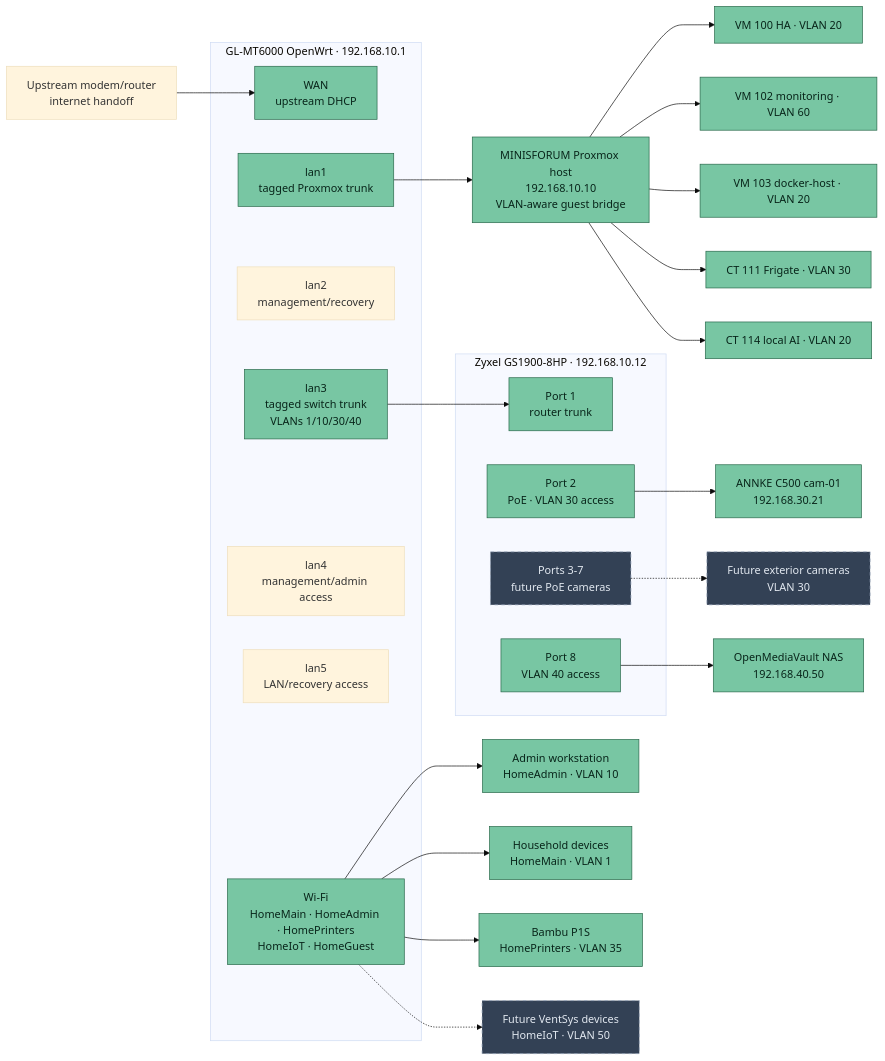
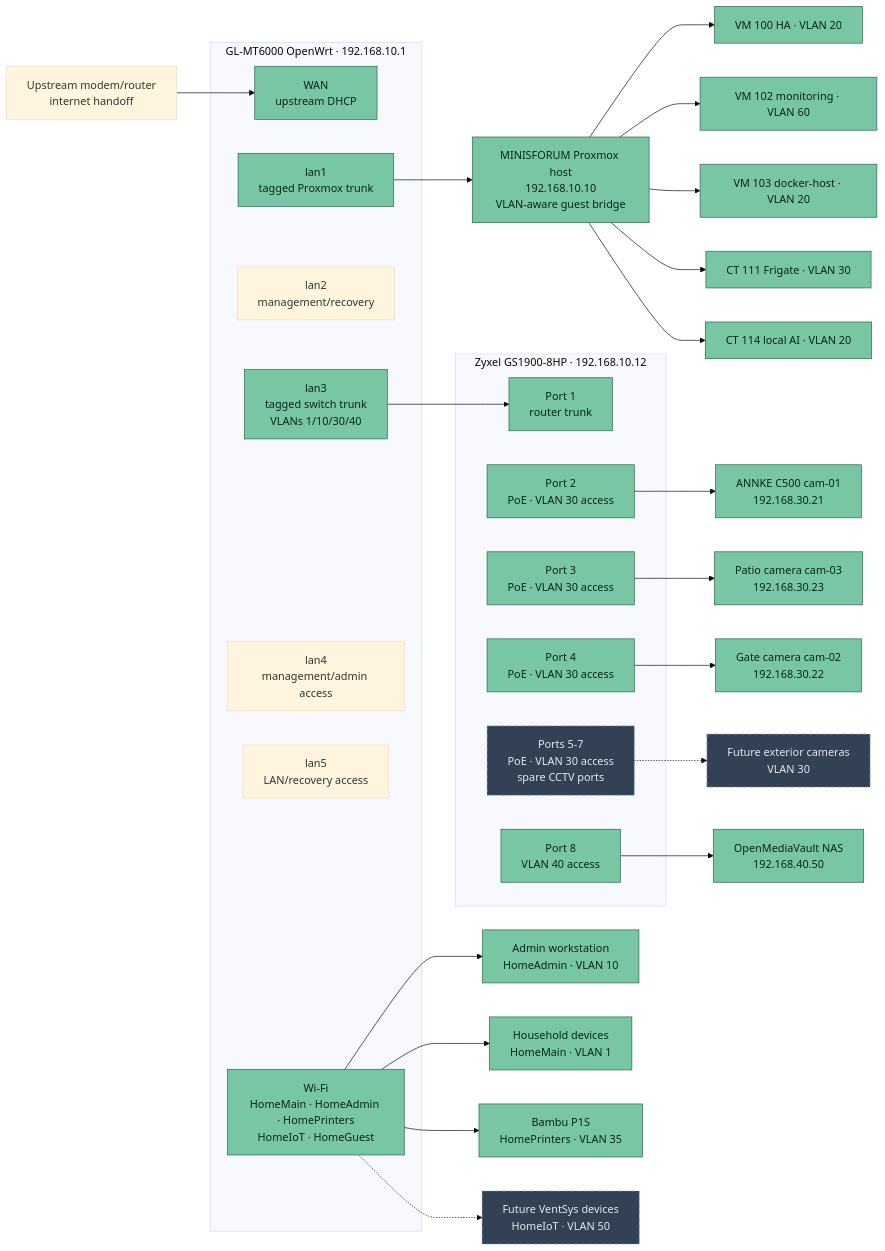
One commit to Nysplaidame/home-automation-project changed the diagram in main/docs/diagrams/network/physical-port-and-cabling.mermaid. Above: the diagram before and after it, drawn with Mermaid (base theme). The commit also changed 147 other files, not shown here.

```diff
--- a/main/docs/diagrams/network/physical-port-and-cabling.mermaid
+++ b/main/docs/diagrams/network/physical-port-and-cabling.mermaid
@@ -1,41 +1,45 @@
 flowchart LR
     Upstream["Upstream modem/router<br/>internet handoff"] --> WAN
 
     subgraph Router["GL-MT6000 OpenWrt · 192.168.10.1"]
         WAN["WAN<br/>upstream DHCP"]
         LAN1["lan1<br/>tagged Proxmox trunk"]
         LAN2["lan2<br/>management/recovery"]
         LAN3["lan3<br/>tagged switch trunk<br/>VLANs 1/10/30/40"]
         LAN4["lan4<br/>management/admin access"]
         LAN5["lan5<br/>LAN/recovery access"]
         WiFi["Wi-Fi<br/>HomeMain · HomeAdmin · HomePrinters<br/>HomeIoT · HomeGuest"]
     end
 
     LAN1 --> Proxmox["MINISFORUM Proxmox host<br/>192.168.10.10<br/>VLAN-aware guest bridge"]
     LAN3 --> SW1
 
     subgraph Switch["Zyxel GS1900-8HP · 192.168.10.12"]
         SW1["Port 1<br/>router trunk"]
         SW2["Port 2<br/>PoE · VLAN 30 access"]
-        SW3["Ports 3-7<br/>future PoE cameras"]
+        SW3["Port 3<br/>PoE · VLAN 30 access"]
+        SW4["Port 4<br/>PoE · VLAN 30 access"]
+        SW57["Ports 5-7<br/>PoE · VLAN 30 access<br/>spare CCTV ports"]
         SW8["Port 8<br/>VLAN 40 access"]
     end
 
     SW2 --> Camera["ANNKE C500 cam-01<br/>192.168.30.21"]
-    SW3 -.-> FutureCameras["Future exterior cameras<br/>VLAN 30"]
+    SW3 --> PatioCamera["Patio camera cam-03<br/>192.168.30.23"]
+    SW4 --> GateCamera["Gate camera cam-02<br/>192.168.30.22"]
+    SW57 -.-> FutureCameras["Future exterior cameras<br/>VLAN 30"]
     SW8 --> OMV["OpenMediaVault NAS<br/>192.168.40.50"]
     WiFi --> Admin["Admin workstation<br/>HomeAdmin · VLAN 10"]
     WiFi --> Users["Household devices<br/>HomeMain · VLAN 1"]
     WiFi --> Printer["Bambu P1S<br/>HomePrinters · VLAN 35"]
     WiFi -.-> VentSys["Future VentSys devices<br/>HomeIoT · VLAN 50"]
 
     Proxmox --> HA["VM 100 HA · VLAN 20"]
     Proxmox --> Monitor["VM 102 monitoring · VLAN 60"]
     Proxmox --> Docker["VM 103 docker-host · VLAN 20"]
     Proxmox --> Frigate["CT 111 Frigate · VLAN 30"]
     Proxmox --> LLM["CT 114 local AI · VLAN 20"]
 
     classDef live fill:#78c6a3,stroke:#276749,color:#08251a
     classDef future fill:#334155,stroke:#94a3b8,color:#e2e8f0,stroke-dasharray: 5 5
-    class WAN,LAN1,LAN3,WiFi,Proxmox,SW1,SW2,SW8,Camera,OMV,Admin,Users,Printer,HA,Monitor,Docker,Frigate,LLM live
-    class SW3,FutureCameras,VentSys future
+    class WAN,LAN1,LAN3,WiFi,Proxmox,SW1,SW2,SW3,SW4,SW8,Camera,PatioCamera,GateCamera,OMV,Admin,Users,Printer,HA,Monitor,Docker,Frigate,LLM live
+    class SW57,FutureCameras,VentSys future
```
